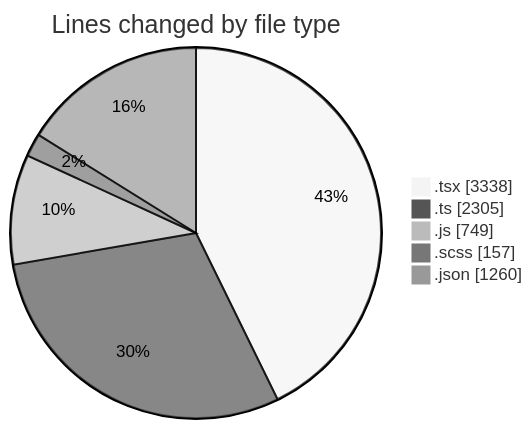
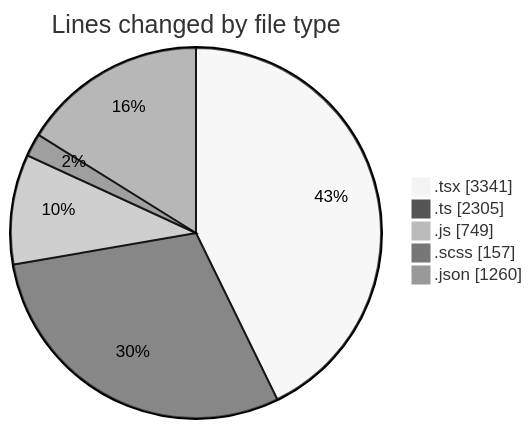
The first of 2 diagrams in 2026-06-15/cda/README.md (momahboobian/code-tracking), drawn with Mermaid (neutral theme) before and after one commit. The commit also changed other lines of this file and 1 other file, not shown here.

````diff
--- a/2026-06-15/cda/README.md
+++ b/2026-06-15/cda/README.md
@@ -64,9 +64,9 @@
 ```mermaid
 pie showData
 title Lines changed by file type
-".tsx" : 3338
+".tsx" : 3341
 ".ts" : 2305
 ".js" : 749
 ".scss" : 157
 ".json" : 1260
 ```
````
